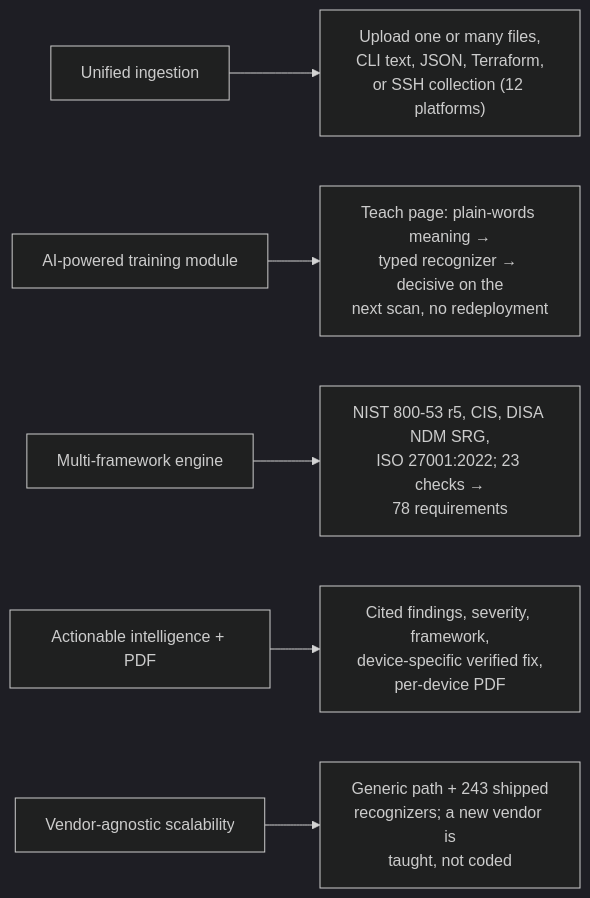
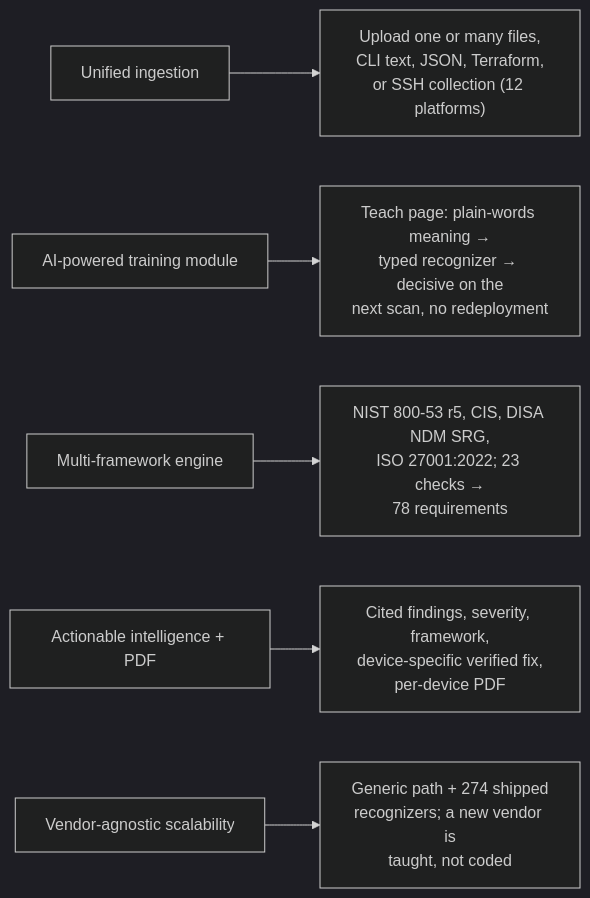
Before and after one commit to astrilo-monk/sih-26155: the diagram in docs/requirements.md, drawn with Mermaid (dark theme). The commit also changed other lines of this file and 24 other files, not shown here.

````diff
--- a/docs/requirements.md
+++ b/docs/requirements.md
@@ -10,8 +10,8 @@
 ```mermaid
 flowchart LR
     R1["Unified ingestion"] --> M1["Upload one or many files,<br/>CLI text, JSON, Terraform,<br/>or SSH collection (12 platforms)"]
     R2["AI-powered training module"] --> M2["Teach page: plain-words meaning →<br/>typed recognizer → decisive on the<br/>next scan, no redeployment"]
     R3["Multi-framework engine"] --> M3["NIST 800-53 r5, CIS, DISA NDM SRG,<br/>ISO 27001:2022; 23 checks →<br/>78 requirements"]
     R4["Actionable intelligence + PDF"] --> M4["Cited findings, severity, framework,<br/>device-specific verified fix,<br/>per-device PDF"]
-    R5["Vendor-agnostic scalability"] --> M5["Generic path + 243 shipped<br/>recognizers; a new vendor is<br/>taught, not coded"]
+    R5["Vendor-agnostic scalability"] --> M5["Generic path + 274 shipped<br/>recognizers; a new vendor is<br/>taught, not coded"]
 ```
````
